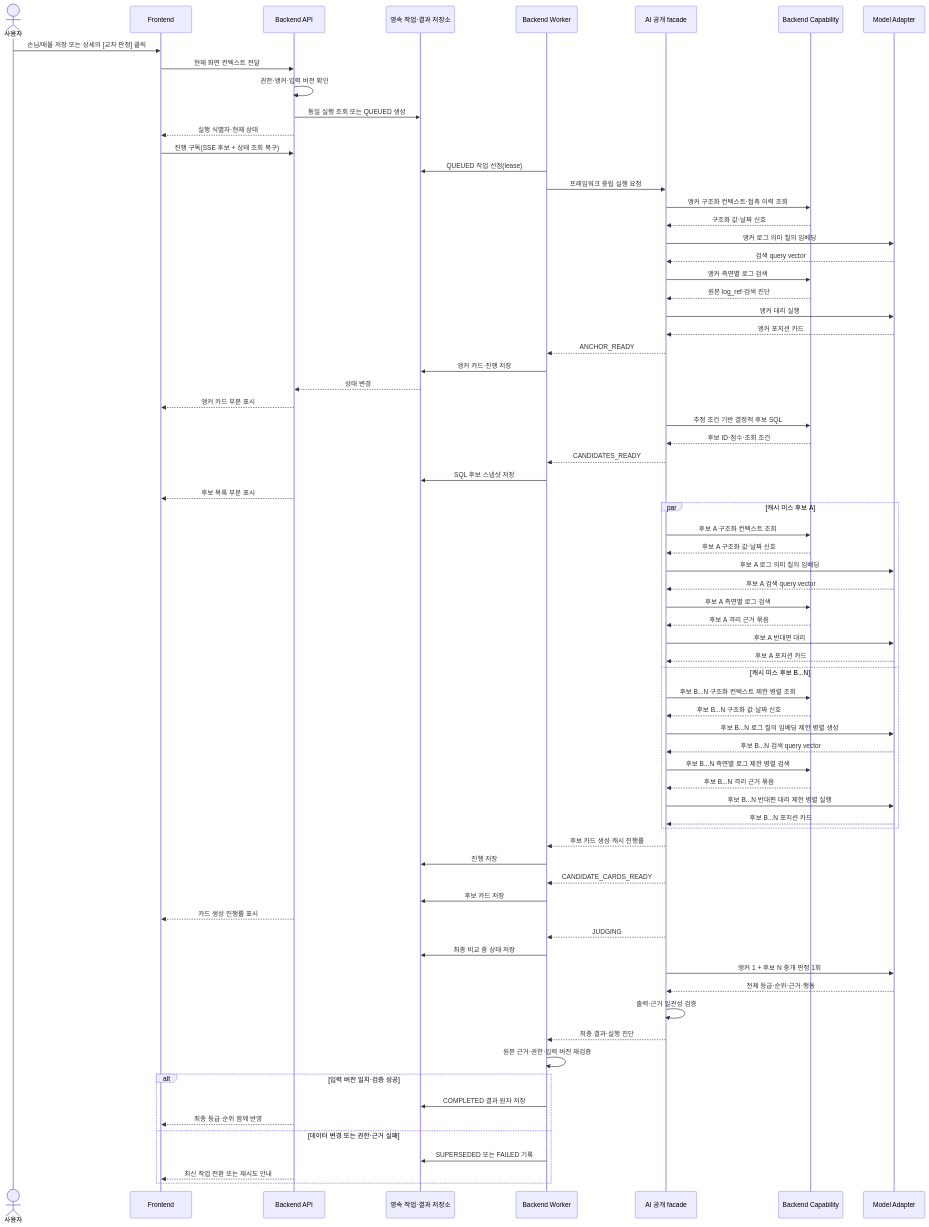
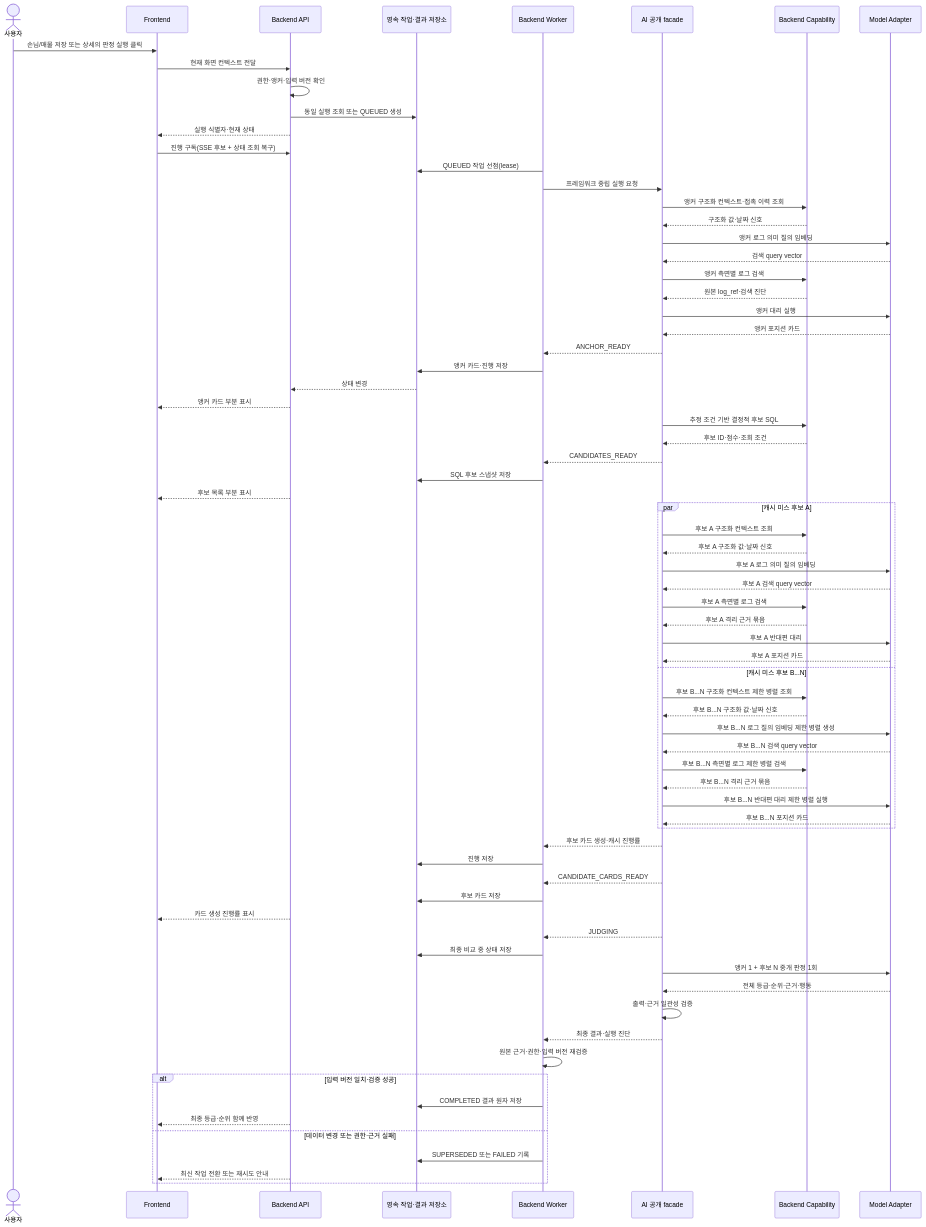
The diagram in docs/architecture/f3/online-runtime.md (SKNETWORKS-FAMILY-AICAMP/SKN30-FINAL-3Team), drawn with Mermaid before and after one commit. The commit also changed other lines of this file and 28 other files, not shown here.

````diff
--- a/docs/architecture/f3/online-runtime.md
+++ b/docs/architecture/f3/online-runtime.md
@@ -81,79 +85,79 @@
 ```mermaid
 sequenceDiagram
     actor User as 사용자
     participant FE as Frontend
     participant API as Backend API
     participant Job as 영속 작업·결과 저장소
     participant W as Backend Worker
     participant AI as AI 공개 facade
     participant Cap as Backend Capability
     participant Model as Model Adapter
 
-    User->>FE: 손님/매물 저장 또는 상세의 [교차 판정] 클릭
+    User->>FE: 손님/매물 저장 또는 상세의 판정 실행 클릭
     FE->>API: 현재 화면 컨텍스트 전달
     API->>API: 권한·앵커·입력 버전 확인
     API->>Job: 동일 실행 조회 또는 QUEUED 생성
     API-->>FE: 실행 식별자·현재 상태
     FE->>API: 진행 구독(SSE 후보 + 상태 조회 복구)
 
     W->>Job: QUEUED 작업 선점(lease)
     W->>AI: 프레임워크 중립 실행 요청
     AI->>Cap: 앵커 구조화 컨텍스트·접촉 이력 조회
     Cap-->>AI: 구조화 값·날짜 신호
     AI->>Model: 앵커 로그 의미 질의 임베딩
     Model-->>AI: 검색 query vector
     AI->>Cap: 앵커 측면별 로그 검색
     Cap-->>AI: 원본 log_ref·검색 진단
     AI->>Model: 앵커 대리 실행
     Model-->>AI: 앵커 포지션 카드
     AI-->>W: ANCHOR_READY
     W->>Job: 앵커 카드·진행 저장
     Job-->>API: 상태 변경
     API-->>FE: 앵커 카드 부분 표시
 
     AI->>Cap: 추정 조건 기반 결정적 후보 SQL
     Cap-->>AI: 후보 ID·점수·조회 조건
     AI-->>W: CANDIDATES_READY
     W->>Job: SQL 후보 스냅샷 저장
     API-->>FE: 후보 목록 부분 표시
 
     par 캐시 미스 후보 A
         AI->>Cap: 후보 A 구조화 컨텍스트 조회
         Cap-->>AI: 후보 A 구조화 값·날짜 신호
         AI->>Model: 후보 A 로그 의미 질의 임베딩
         Model-->>AI: 후보 A 검색 query vector
         AI->>Cap: 후보 A 측면별 로그 검색
         Cap-->>AI: 후보 A 격리 근거 묶음
         AI->>Model: 후보 A 반대편 대리
         Model-->>AI: 후보 A 포지션 카드
     and 캐시 미스 후보 B...N
         AI->>Cap: 후보 B...N 구조화 컨텍스트 제한 병렬 조회
         Cap-->>AI: 후보 B...N 구조화 값·날짜 신호
         AI->>Model: 후보 B...N 로그 질의 임베딩 제한 병렬 생성
         Model-->>AI: 후보 B...N 검색 query vector
         AI->>Cap: 후보 B...N 측면별 로그 제한 병렬 검색
         Cap-->>AI: 후보 B...N 격리 근거 묶음
         AI->>Model: 후보 B...N 반대편 대리 제한 병렬 실행
         Model-->>AI: 후보 B...N 포지션 카드
     end
     AI-->>W: 후보 카드 생성·캐시 진행률
     W->>Job: 진행 저장
     AI-->>W: CANDIDATE_CARDS_READY
     W->>Job: 후보 카드 저장
     API-->>FE: 카드 생성 진행률 표시
 
     AI-->>W: JUDGING
     W->>Job: 최종 비교 중 상태 저장
     AI->>Model: 앵커 1 + 후보 N 중개 판정 1회
     Model-->>AI: 전체 등급·순위·근거·행동
     AI->>AI: 출력·근거 일관성 검증
     AI-->>W: 최종 결과·실행 진단
     W->>W: 원본 근거·권한·입력 버전 재검증
     alt 입력 버전 일치·검증 성공
         W->>Job: COMPLETED 결과 원자 저장
         API-->>FE: 최종 등급·순위 함께 반영
     else 데이터 변경 또는 권한·근거 실패
         W->>Job: SUPERSEDED 또는 FAILED 기록
         API-->>FE: 최신 작업 전환 또는 재시도 안내
     end
 ```
````
